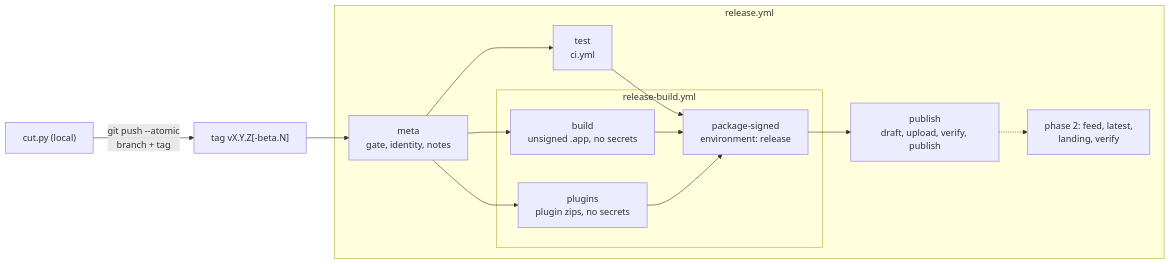
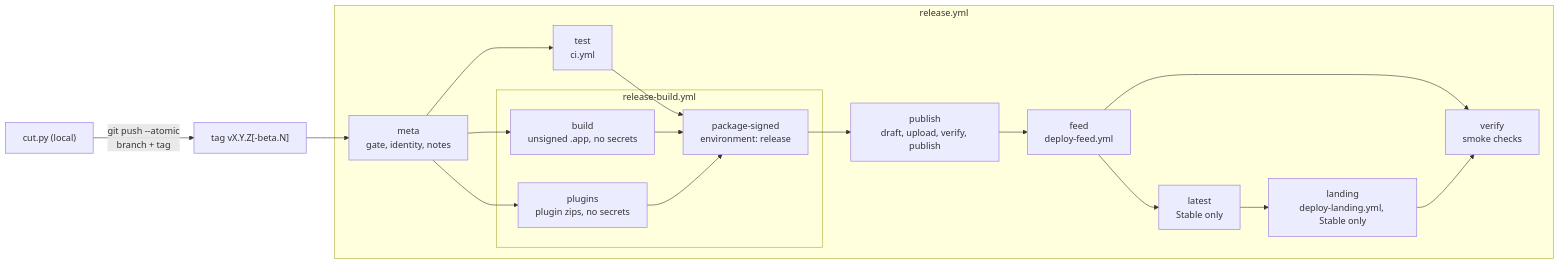
Before and after one commit to ZingerLittleBee/AnyDoor: the diagram in docs/releasing.md, drawn with Mermaid. The commit also changed other lines of this file and 9 other files, not shown here.

````diff
--- a/docs/releasing.md
+++ b/docs/releasing.md
@@ -39,20 +29,24 @@
 ```mermaid
 flowchart LR
   cut["cut.py (local)"] -->|"git push --atomic<br/>branch + tag"| tag["tag vX.Y.Z[-beta.N]"]
   tag --> meta
   subgraph release.yml
     meta["meta<br/>gate, identity, notes"] --> test["test<br/>ci.yml"]
     meta --> build
     meta --> plugins
     subgraph release-build.yml
       build["build<br/>unsigned .app, no secrets"]
       plugins["plugins<br/>plugin zips, no secrets"]
       signed["package-signed<br/>environment: release"]
     end
     test --> signed
     build --> signed
     plugins --> signed
     signed --> publish["publish<br/>draft, upload, verify, publish"]
-    publish -.-> phase2["phase 2: feed, latest,<br/>landing, verify"]
+    publish --> feed["feed<br/>deploy-feed.yml"]
+    feed --> latest["latest<br/>Stable only"]
+    latest --> landing["landing<br/>deploy-landing.yml, Stable only"]
+    feed --> verify["verify<br/>smoke checks"]
+    landing --> verify
   end
 ```
````
